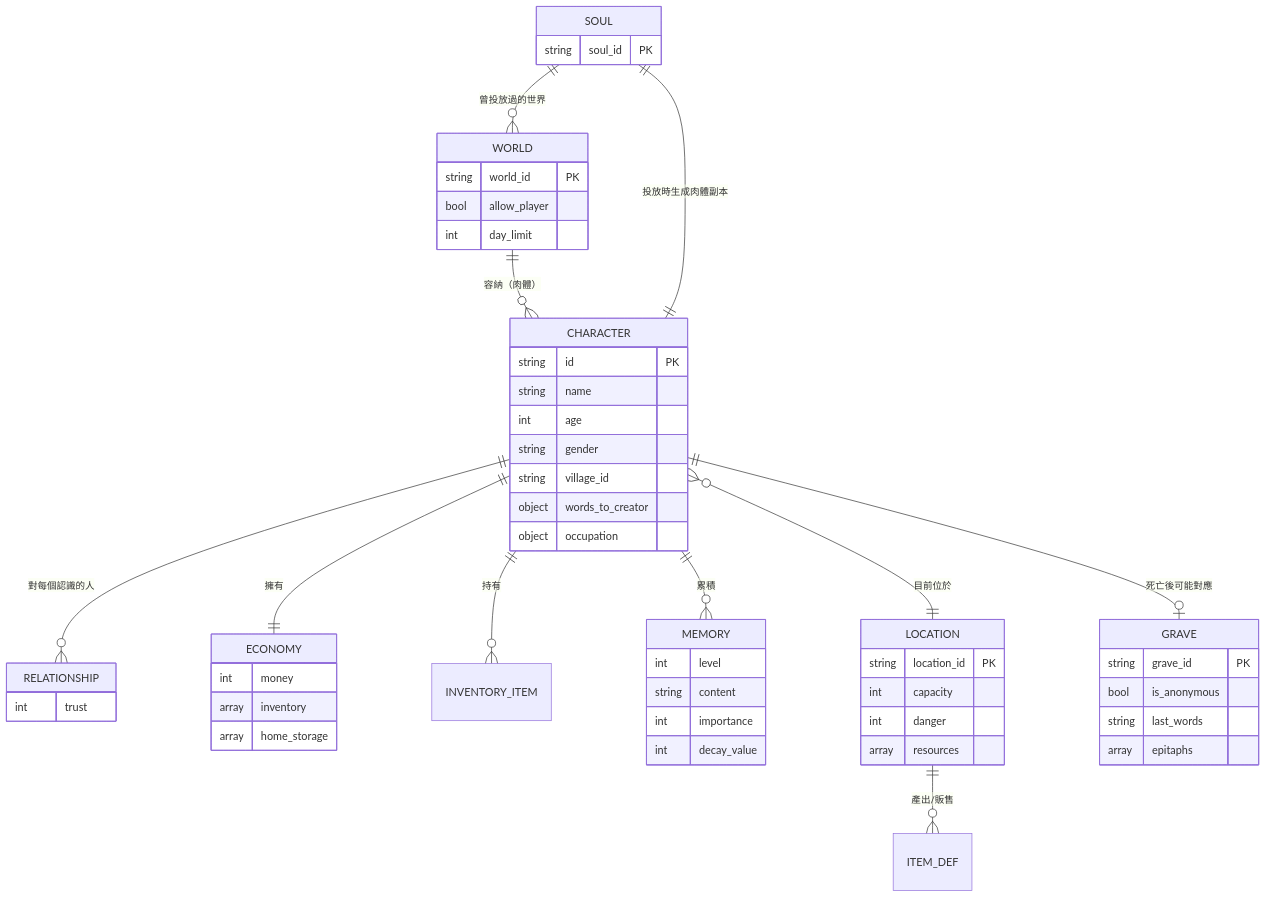
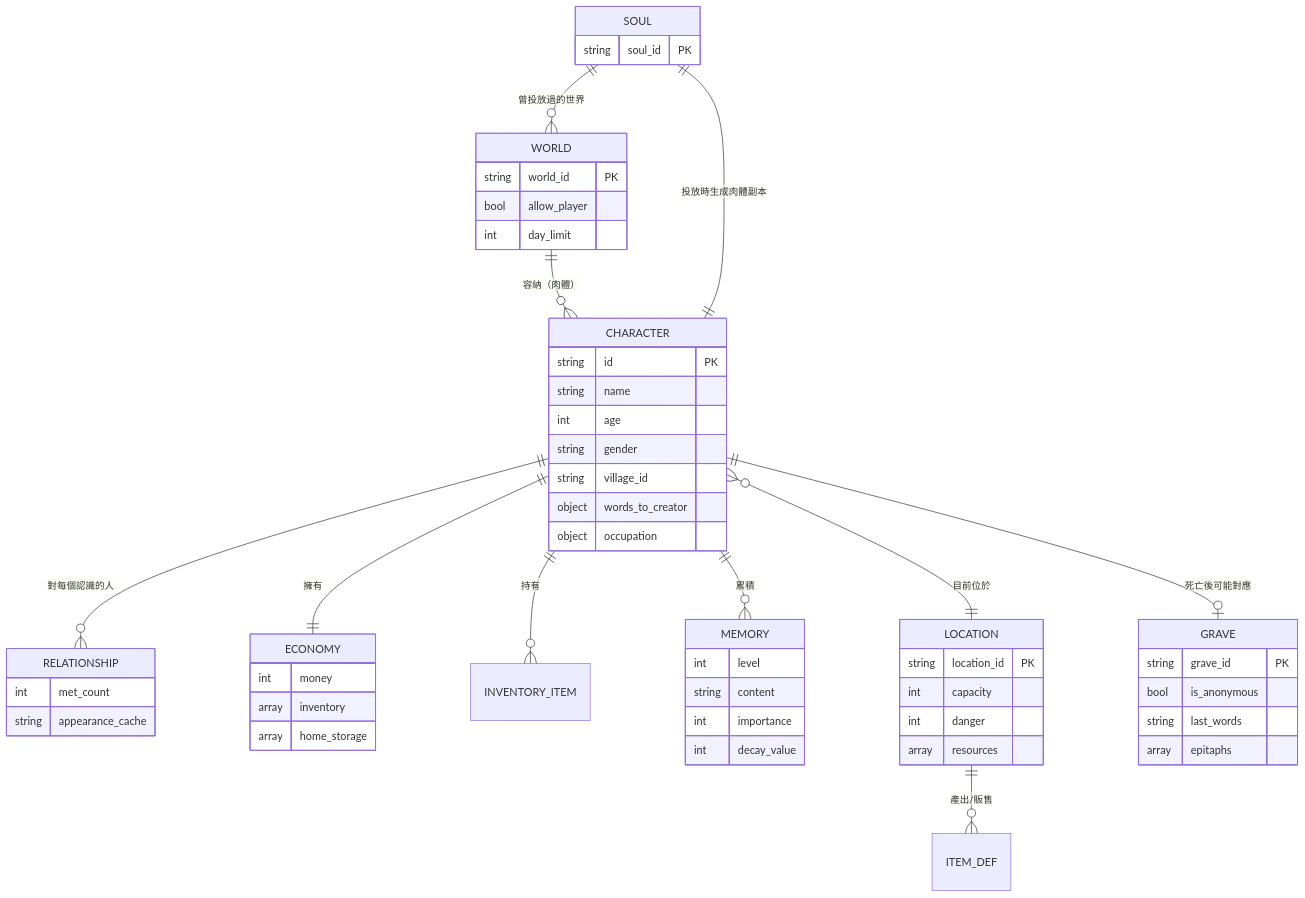
Before and after one commit to adez360/Ailley: the third of 7 diagrams in note/規格書/13_系統分析與系統設計.md, drawn with Mermaid. The commit also changed other lines of this file and 19 other files, not shown here.

````diff
--- a/note/規格書/13_系統分析與系統設計.md
+++ b/note/規格書/13_系統分析與系統設計.md
@@ -164,57 +164,58 @@
 ```mermaid
 erDiagram
     CHARACTER ||--o{ RELATIONSHIP : "對每個認識的人"
     CHARACTER ||--|| ECONOMY : "擁有"
     CHARACTER ||--o{ INVENTORY_ITEM : "持有"
     CHARACTER ||--o{ MEMORY : "累積"
     CHARACTER }o--|| LOCATION : "目前位於"
     CHARACTER ||--o| GRAVE : "死亡後可能對應"
     LOCATION ||--o{ ITEM_DEF : "產出/販售"
     WORLD ||--o{ CHARACTER : "容納（肉體）"
     SOUL ||--o{ WORLD : "曾投放過的世界"
     SOUL ||--|| CHARACTER : "投放時生成肉體副本"
 
     CHARACTER {
         string id PK
         string name
         int age
         string gender
         string village_id
         object words_to_creator
         object occupation
     }
     RELATIONSHIP {
-        int trust
+        int met_count
+        string appearance_cache
     }
     ECONOMY {
         int money
         array inventory
         array home_storage
     }
     MEMORY {
         int level
         string content
         int importance
         int decay_value
     }
     LOCATION {
         string location_id PK
         int capacity
         int danger
         array resources
     }
     GRAVE {
         string grave_id PK
         bool is_anonymous
         string last_words
         array epitaphs
     }
     WORLD {
         string world_id PK
         bool allow_player
         int day_limit
     }
     SOUL {
         string soul_id PK
     }
 ```
````
